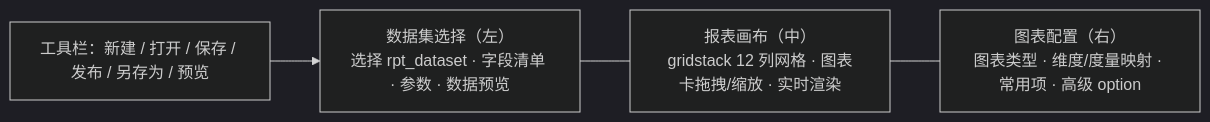
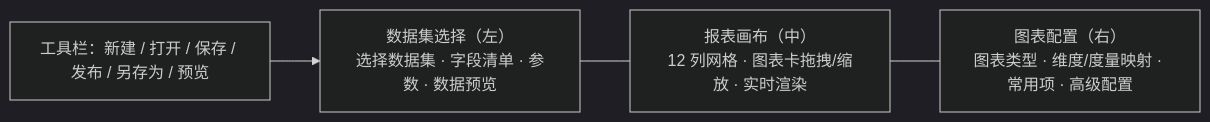
Before and after one commit to minjian123/basic-management-system: the diagram in bms文档/设计/组件设计/08_交互类/08_组件设计_报表设计器/08_组件设计_报表设计器.md, drawn with Mermaid (dark theme). The commit also changed other lines of this file and 238 other files, not shown here.

````diff
--- a/bms文档/设计/组件设计/08_交互类/08_组件设计_报表设计器/08_组件设计_报表设计器.md
+++ b/bms文档/设计/组件设计/08_交互类/08_组件设计_报表设计器/08_组件设计_报表设计器.md
@@ -33,8 +32,8 @@
 ```mermaid
 flowchart LR
     TB["工具栏：新建 / 打开 / 保存 / 发布 / 另存为 / 预览"]
-    DS["数据集选择（左）<br/>选择 rpt_dataset · 字段清单 · 参数 · 数据预览"]
-    CV["报表画布（中）<br/>gridstack 12 列网格 · 图表卡拖拽/缩放 · 实时渲染"]
-    CP["图表配置（右）<br/>图表类型 · 维度/度量映射 · 常用项 · 高级 option"]
+    DS["数据集选择（左）<br/>选择数据集 · 字段清单 · 参数 · 数据预览"]
+    CV["报表画布（中）<br/>12 列网格 · 图表卡拖拽/缩放 · 实时渲染"]
+    CP["图表配置（右）<br/>图表类型 · 维度/度量映射 · 常用项 · 高级配置"]
     TB --> DS --- CV --- CP
 ```
````
